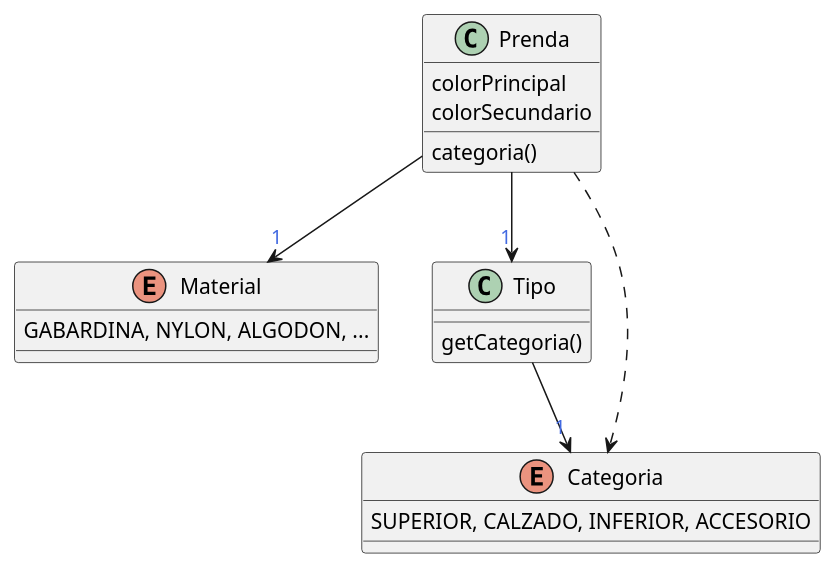
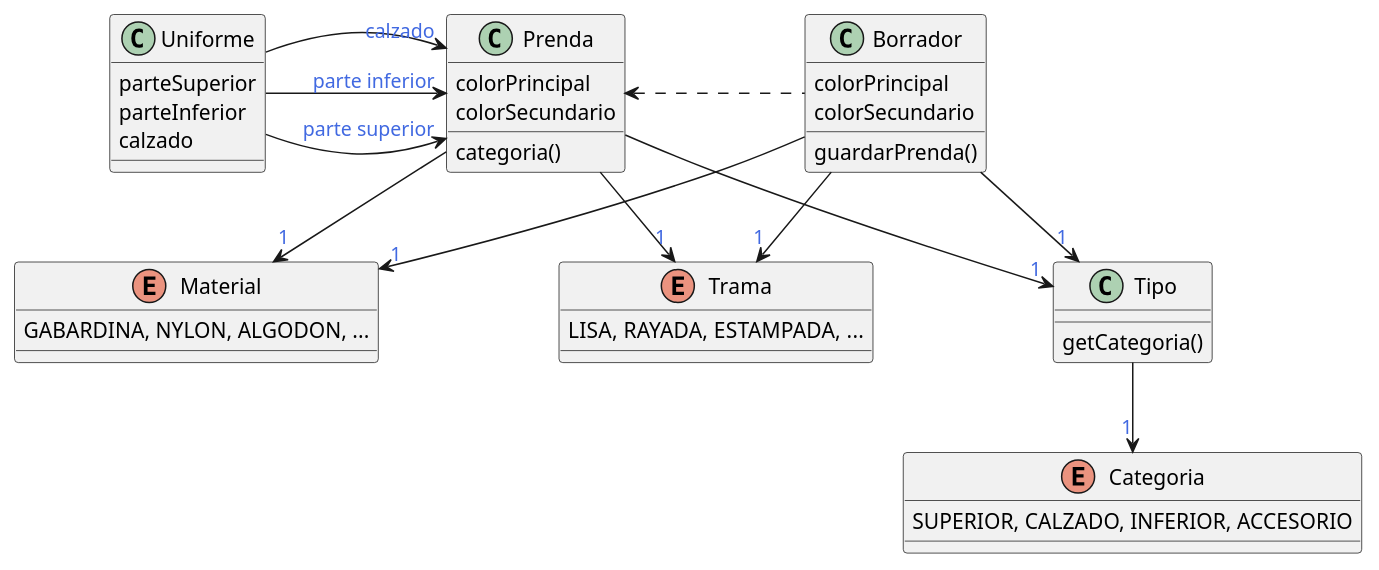
The diagram in assets/Atuedos.puml (SolVarisco/QueMePongo), drawn with PlantUML before and after one commit. The commit also changed 5 other files, not shown here.

```diff
--- a/assets/Atuedos.puml
+++ b/assets/Atuedos.puml
@@ -1,26 +1,51 @@
 @startuml
 'https://plantuml.com/class-diagram
 skinparam backgroundColor transparent
 skinparam arrowFontColor royalblue
+skinparam nodesep 120
 
 class Prenda {
     colorPrincipal
     colorSecundario
     categoria()
 }
 enum Material {
     GABARDINA, NYLON, ALGODON, ...
 }
+enum Trama {
+    LISA, RAYADA, ESTAMPADA, ...
+}
+
 class Tipo {
     getCategoria()
 }
+
+class Borrador {
+    colorPrincipal
+    colorSecundario
+    guardarPrenda()
+}
+
+class Uniforme {
+    parteSuperior
+    parteInferior
+    calzado
+}
+
 enum Categoria {
     SUPERIOR, CALZADO, INFERIOR, ACCESORIO
 }
 
 Prenda --> "1" Material
-Prenda ..> Categoria
 Prenda --> "1" Tipo
+Prenda --> "1" Trama
 Tipo --> "1" Categoria
+Borrador --> "1" Material
+Borrador --> "1" Tipo
+Borrador --> "1" Trama
+Borrador -left..> Prenda
+Uniforme -right--> "parte superior" Prenda
+Uniforme --> "parte inferior" Prenda
+Uniforme --> "calzado" Prenda
 
 @enduml
```
